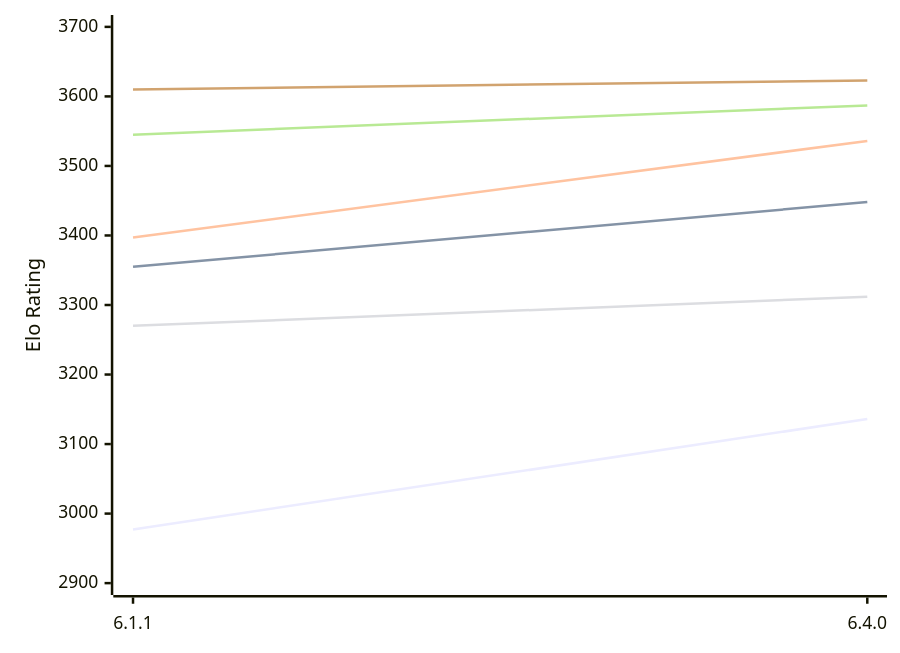
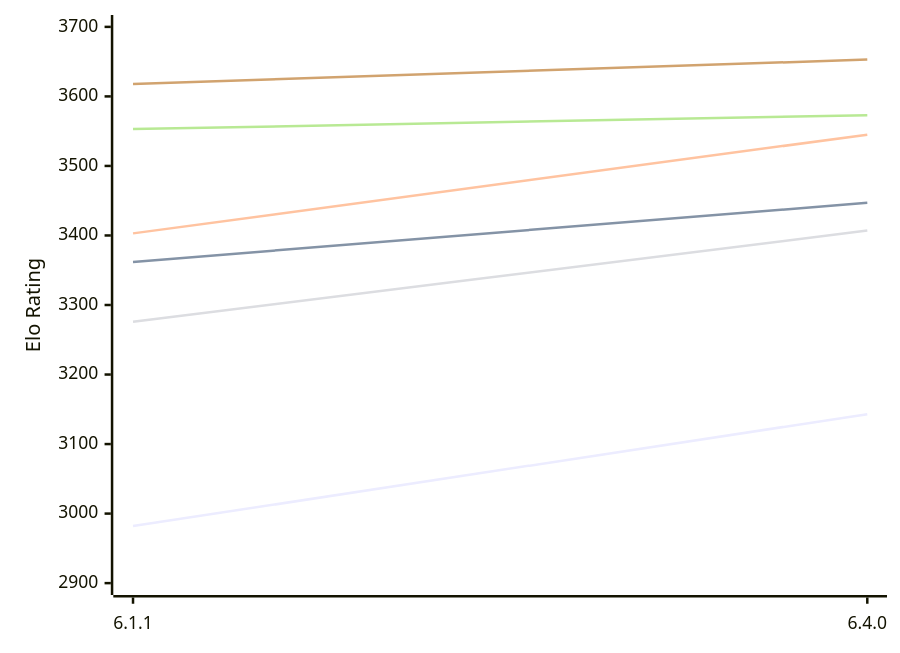
Before and after one commit to computer-chess-index/cci: the first of 2 diagrams in engines/Zigqueen.md, drawn with Mermaid. The commit also changed other lines of this file, not shown here.

Commit message:
Update CCI Ratings (ELO VLTC) - 2026-10-16

````diff
--- a/engines/Zigqueen.md
+++ b/engines/Zigqueen.md
@@ -53,12 +53,12 @@
 ```mermaid
 %%{init: {"theme":"base","themeVariables":{"seriesColors:['#a3a3a3','#222221','#faa371']}}}%%
 xychart-beta
   x-axis ["6.1.1", "6.4.0"]
   y-axis "Elo Rating" 2900 --> 3700
-  line "E1: STC (8.0+0.08s)" [2977, 3136]
-  line "E1: LTC (60.0+0.60s)" [3355, 3448]
-  line "E1: VLTC (2m24s+1.12s)" [3397, 3536]
-  line "P1: STC (8.0+0.08s)" [3270, 3312]
-  line "P1: LTC (60.0+0.60s)" [3545, 3587]
-  line "P1: VLTC (2m24s+1.12s)" [3610, 3623]
+  line "E1: STC (8.0+0.08s)" [2982, 3143]
+  line "E1: LTC (60.0+0.60s)" [3362, 3447]
+  line "E1: VLTC (2m24s+1.12s)" [3403, 3545]
+  line "P1: STC (8.0+0.08s)" [3276, 3407]
+  line "P1: LTC (60.0+0.60s)" [3553, 3573]
+  line "P1: VLTC (2m24s+1.12s)" [3618, 3653]
 ```
````
